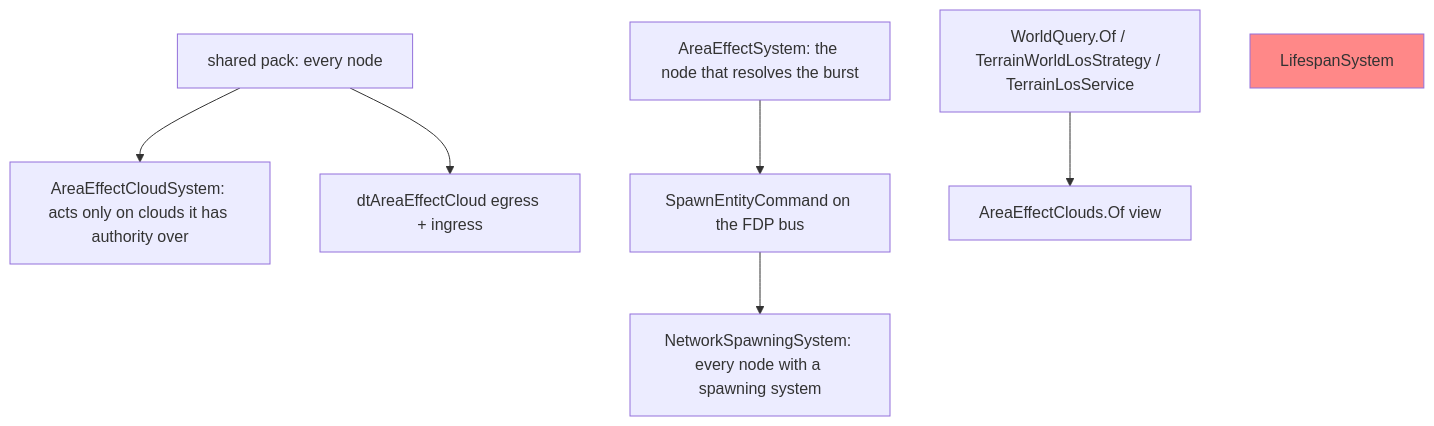
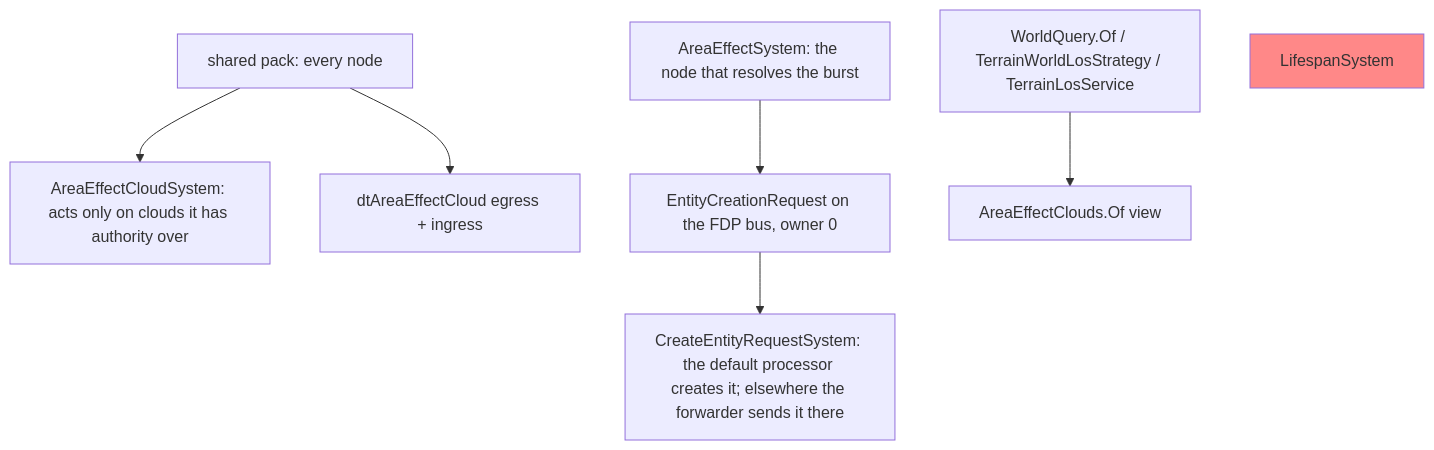
Diagram 12 of 17 in docs/DESIGN_Civilians_And_Crowd_Control.md (pjanec/HROT), drawn with Mermaid before and after one commit. The commit also changed other lines of this file and 83 other files, not shown here.

````diff
--- a/docs/DESIGN_Civilians_And_Crowd_Control.md
+++ b/docs/DESIGN_Civilians_And_Crowd_Control.md
@@ -695,10 +697,10 @@
 ```mermaid
 graph TD
   PACK[shared pack: every node] --> CLOUD[AreaEffectCloudSystem: acts only on clouds it has authority over]
   PACK --> PAIR[dtAreaEffectCloud egress + ingress]
-  AES[AreaEffectSystem: the node that resolves the burst] --> SPAWN[SpawnEntityCommand on the FDP bus]
-  SPAWN --> NSS[NetworkSpawningSystem: every node with a spawning system]
+  AES[AreaEffectSystem: the node that resolves the burst] --> REQ[EntityCreationRequest on the FDP bus, owner 0]
+  REQ --> CERS[CreateEntityRequestSystem: the default processor creates it; elsewhere the forwarder sends it there]
   WQ[WorldQuery.Of / TerrainWorldLosStrategy / TerrainLosService] --> TABLE[AreaEffectClouds.Of view]
   LS[LifespanSystem]:::dead
   classDef dead fill:#f88
 ```
````
